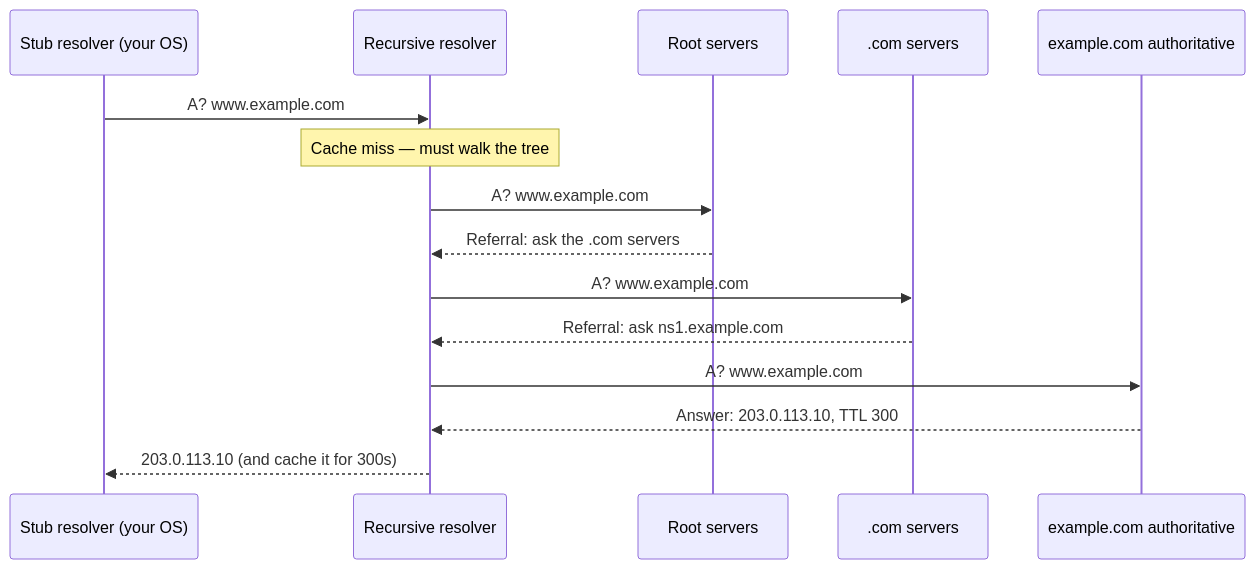
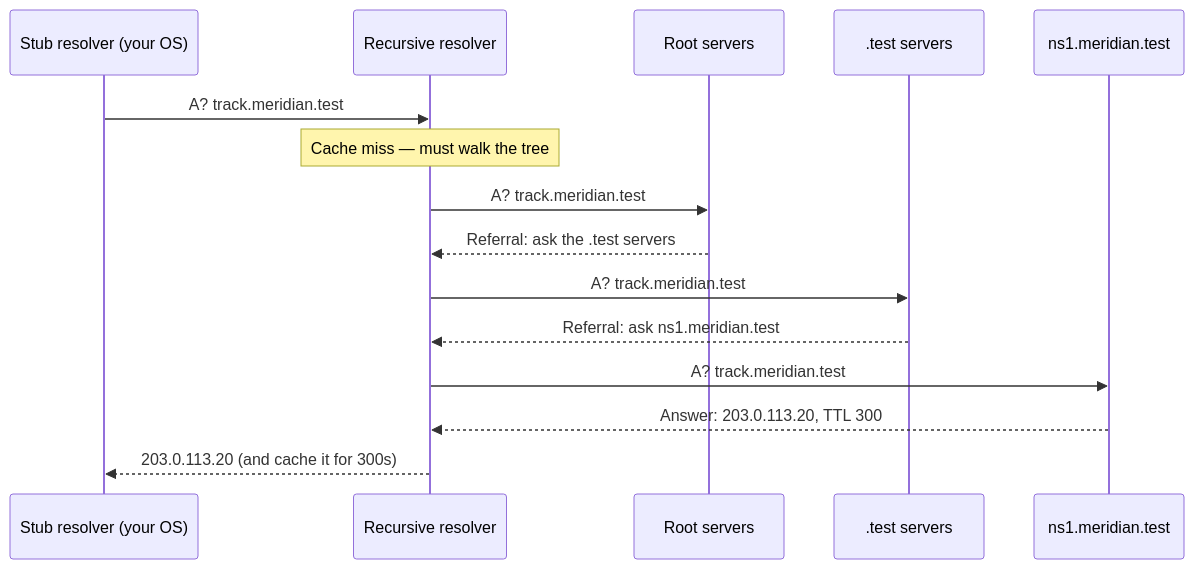
The diagram in Networking/Core Network Services/DNS Resolution & Records.md (nnr-root/cybersec-crook2root-notes), drawn with Mermaid before and after one commit. The commit also changed other lines of this file and 6 other files, not shown here.

````diff
--- a/Networking/Core Network Services/DNS Resolution & Records.md
+++ b/Networking/Core Network Services/DNS Resolution & Records.md
@@ -65,17 +65,17 @@
 ```mermaid
 sequenceDiagram
     participant S as Stub resolver (your OS)
     participant R as Recursive resolver
     participant Root as Root servers
-    participant TLD as .com servers
-    participant A as example.com authoritative
-    S->>R: A? www.example.com
+    participant TLD as .test servers
+    participant A as ns1.meridian.test
+    S->>R: A? track.meridian.test
     Note over R: Cache miss — must walk the tree
-    R->>Root: A? www.example.com
-    Root-->>R: Referral: ask the .com servers
-    R->>TLD: A? www.example.com
-    TLD-->>R: Referral: ask ns1.example.com
-    R->>A: A? www.example.com
-    A-->>R: Answer: 203.0.113.10, TTL 300
-    R-->>S: 203.0.113.10 (and cache it for 300s)
+    R->>Root: A? track.meridian.test
+    Root-->>R: Referral: ask the .test servers
+    R->>TLD: A? track.meridian.test
+    TLD-->>R: Referral: ask ns1.meridian.test
+    R->>A: A? track.meridian.test
+    A-->>R: Answer: 203.0.113.20, TTL 300
+    R-->>S: 203.0.113.20 (and cache it for 300s)
 ```
````
